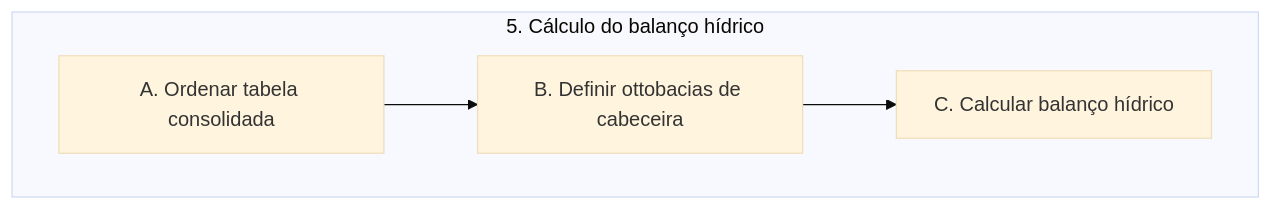
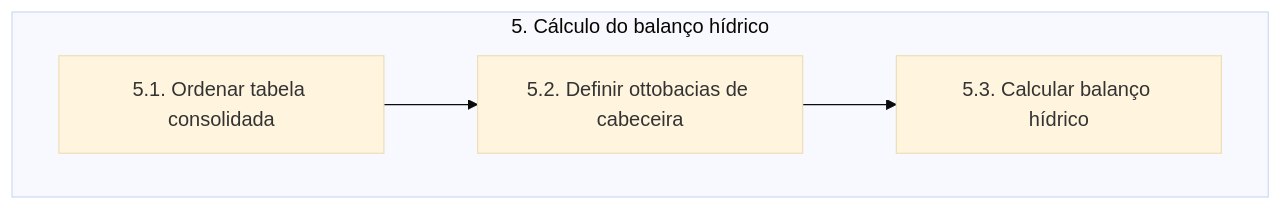
One commit to brunoguterres/ParaibaHidroGIS changed the sixth of 6 diagrams in pyqgis/documentacao.md. Above: the diagram before and after it, drawn with Mermaid (base theme). The commit also changed other lines of this file, not shown here.

````diff
--- a/pyqgis/documentacao.md
+++ b/pyqgis/documentacao.md
@@ -277,7 +270,7 @@
 ```mermaid
     flowchart TD
     subgraph A[5. Cálculo do balanço hídrico]
-        B[A. Ordenar tabela consolidada] --> C[B. Definir ottobacias de cabeceira]
-        C --> D[C. Calcular balanço hídrico]
+        B[5.1. Ordenar tabela consolidada] --> C[5.2. Definir ottobacias de cabeceira]
+        C --> D[5.3. Calcular balanço hídrico]
     end
 ```
````
